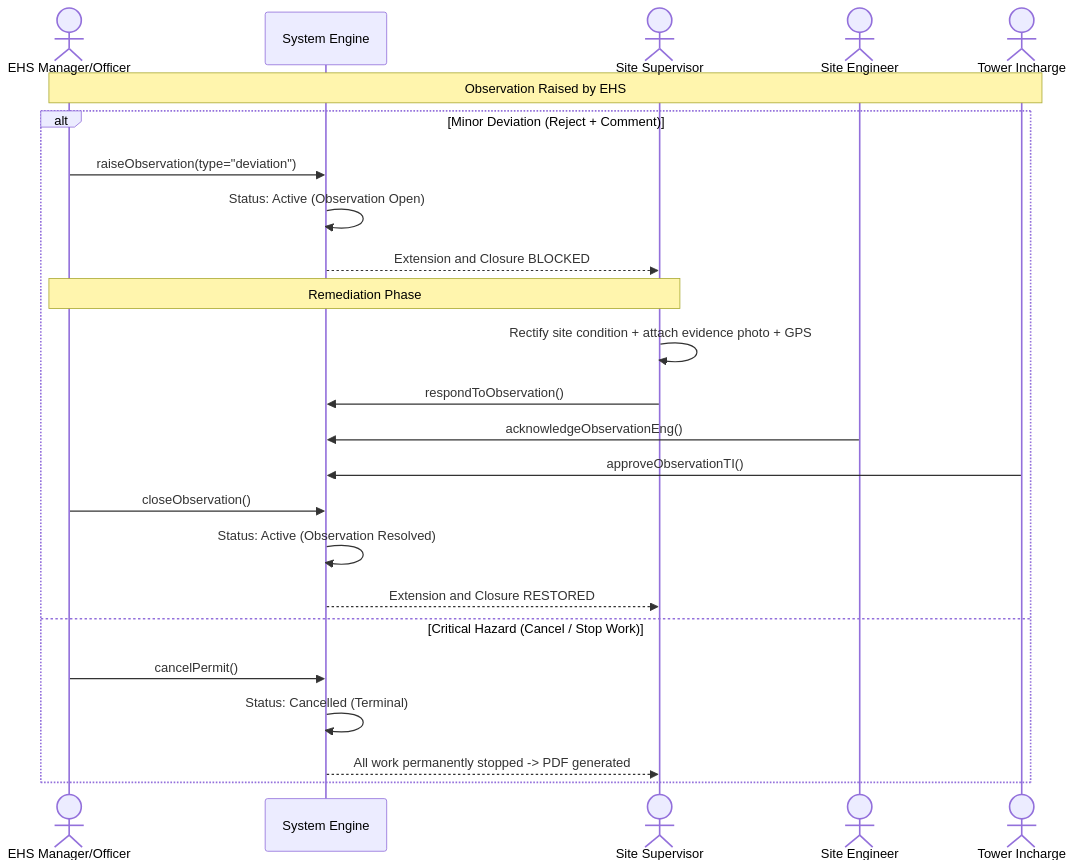
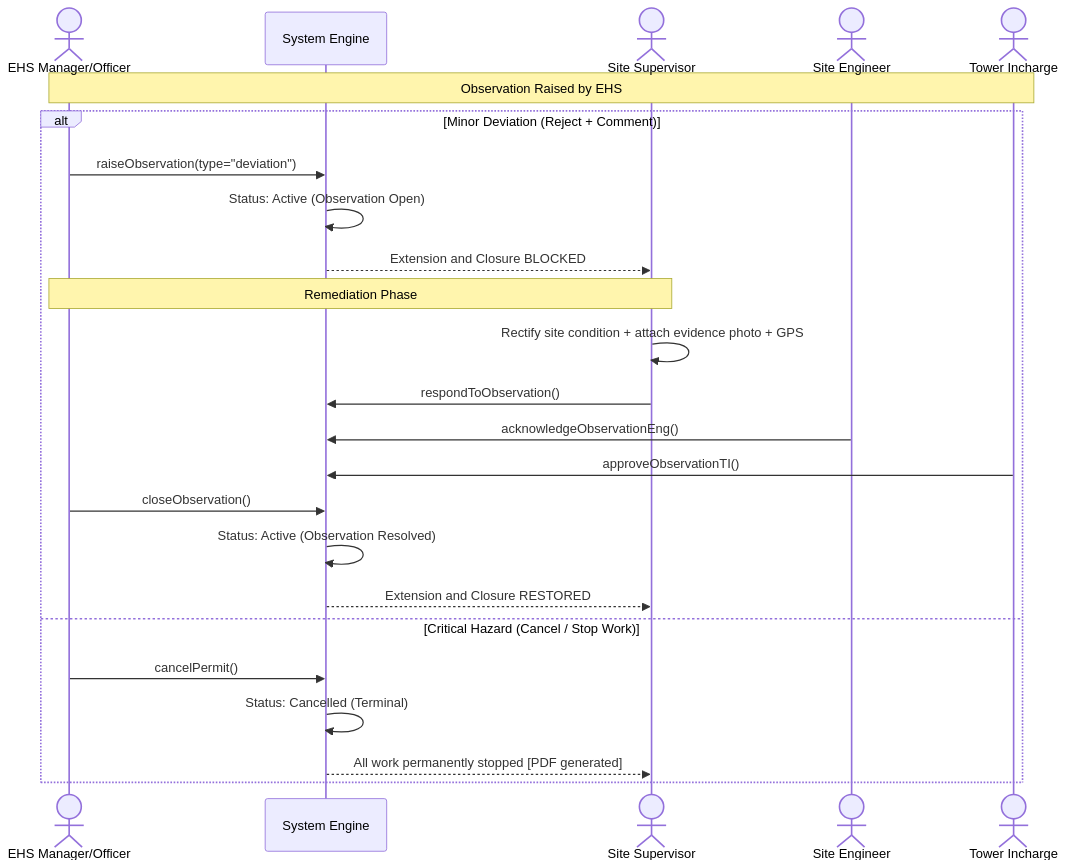
Before and after one commit to AuroGroupAutomationBot/ARPL-EHS-Demo: diagram 23 of 32 in README.md, drawn with Mermaid. The commit also changed other lines of this file, not shown here.

````diff
--- a/README.md
+++ b/README.md
@@ -1720,27 +1819,27 @@
 ```mermaid
 sequenceDiagram
     actor EHS as EHS Manager/Officer
     participant SYS as System Engine
     actor SS as Site Supervisor
     actor SE as Site Engineer
     actor TI as Tower Incharge
 
     Note over EHS,TI: Observation Raised by EHS
     alt Minor Deviation (Reject + Comment)
         EHS->>SYS: raiseObservation(type="deviation")
         SYS->>SYS: Status: Active (Observation Open)
         SYS-->>SS: Extension and Closure BLOCKED
         Note over SS,EHS: Remediation Phase
         SS->>SS: Rectify site condition + attach evidence photo + GPS
         SS->>SYS: respondToObservation()
         SE->>SYS: acknowledgeObservationEng()
         TI->>SYS: approveObservationTI()
         EHS->>SYS: closeObservation()
         SYS->>SYS: Status: Active (Observation Resolved)
         SYS-->>SS: Extension and Closure RESTORED
     else Critical Hazard (Cancel / Stop Work)
         EHS->>SYS: cancelPermit()
         SYS->>SYS: Status: Cancelled (Terminal)
-        SYS-->>SS: All work permanently stopped -> PDF generated
+        SYS-->>SS: All work permanently stopped [PDF generated]
     end
 ```
````
